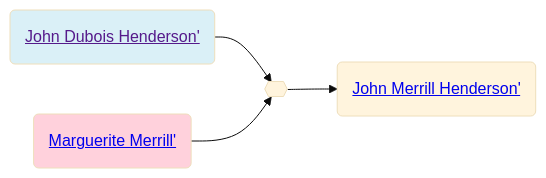
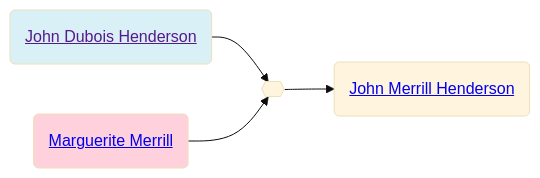
Before and after one commit to neelsmith/avocational: the second of 2 diagrams in familyhistory/sources/people/Henderson-line/John_Dubois_Henderson.qmd, drawn with Mermaid (base theme). The commit also changed other lines of this file and 96 other files, not shown here.

````diff
--- a/familyhistory/sources/people/Henderson-line/John_Dubois_Henderson.qmd
+++ b/familyhistory/sources/people/Henderson-line/John_Dubois_Henderson.qmd
@@ -67,14 +67,14 @@
 ```{mermaid}
 graph LR
 %% LR descendant diagram
 class John_Dubois_Henderson_and_Marguerite_Merrill marriage
-John_Dubois_Henderson(<a href=''>John Dubois Henderson'</>) --> John_Dubois_Henderson_and_Marguerite_Merrill{{ }}
-Marguerite_Merrill(<a href='./../Merrill-line/Marguerite_Merrill.html'>Marguerite Merrill'</>) --> John_Dubois_Henderson_and_Marguerite_Merrill{{ }}
+John_Dubois_Henderson(<a href=''>John Dubois Henderson</a>) --> John_Dubois_Henderson_and_Marguerite_Merrill{{ }}
+Marguerite_Merrill(<a href='./../Merrill-line/Marguerite_Merrill.html'>Marguerite Merrill</a>) --> John_Dubois_Henderson_and_Marguerite_Merrill{{ }}
 class John_Dubois_Henderson father
 class Marguerite_Merrill mother
-John_Dubois_Henderson_and_Marguerite_Merrill{{ }} --> John_Merrill_Henderson(<a href='./John_Merrill_Henderson.html'>John Merrill Henderson'</>)
+John_Dubois_Henderson_and_Marguerite_Merrill{{ }} --> John_Merrill_Henderson(<a href='./John_Merrill_Henderson.html'>John Merrill Henderson</a>)
 classDef mother fill:#ffd1dc
 classDef father fill:#daf0f7  
 classDef marriage fill:#ffffff
 
 ```
````
